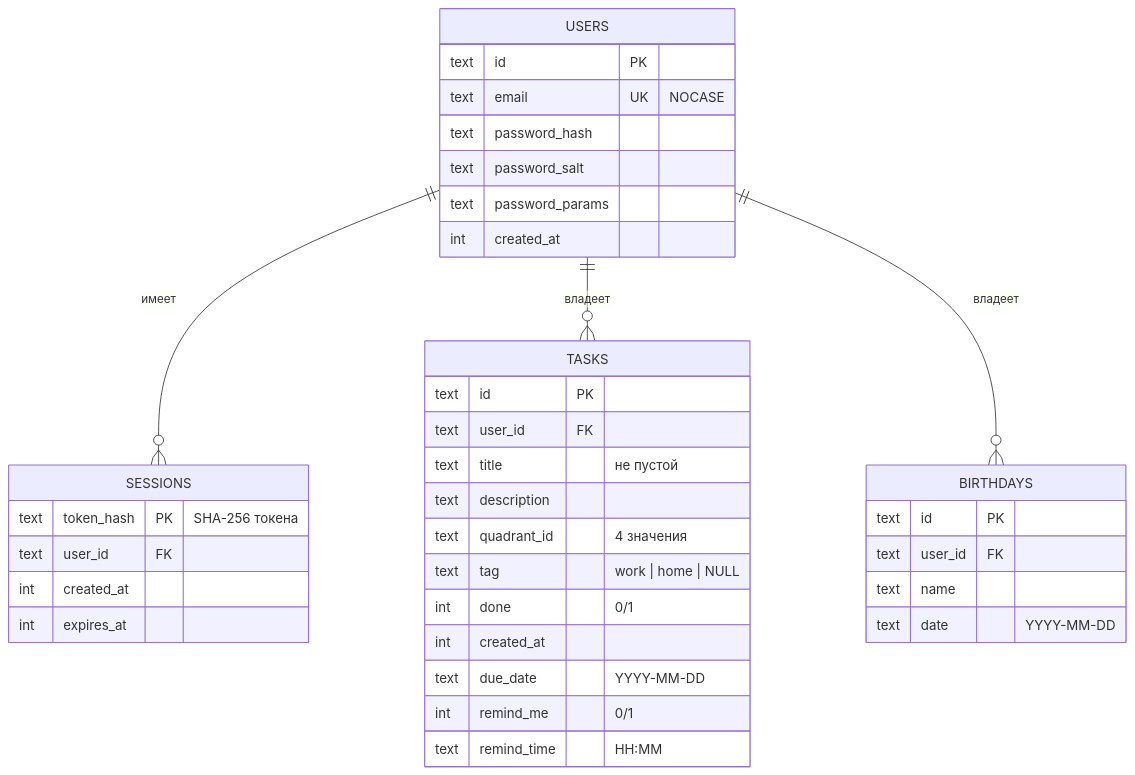
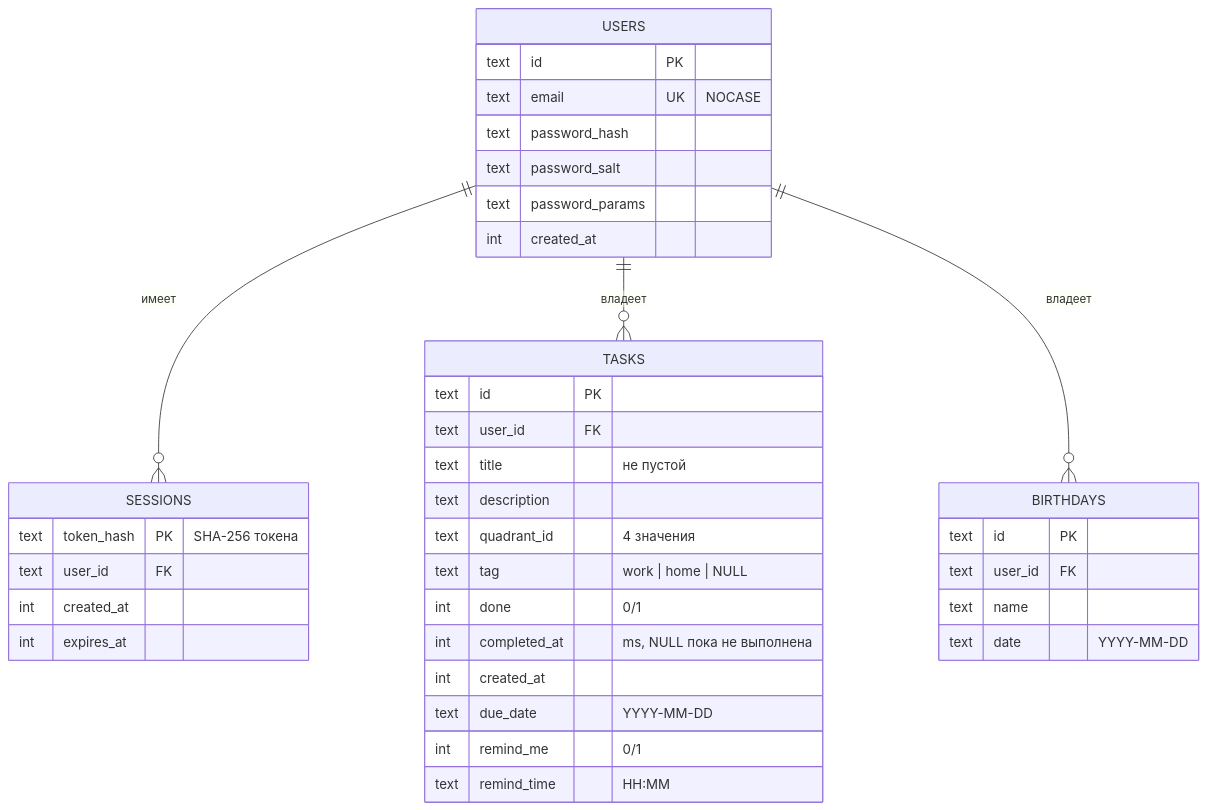
Before and after one commit to Tatsianass/TaskHub: the first of 6 diagrams in docs/PROJECT_OVERVIEW.md, drawn with Mermaid. The commit also changed other lines of this file and 18 other files, not shown here.

````diff
--- a/docs/PROJECT_OVERVIEW.md
+++ b/docs/PROJECT_OVERVIEW.md
@@ -133,40 +134,41 @@
 ```mermaid
 erDiagram
     USERS ||--o{ SESSIONS : "имеет"
     USERS ||--o{ TASKS : "владеет"
     USERS ||--o{ BIRTHDAYS : "владеет"
 
     USERS {
         text id PK
         text email UK "NOCASE"
         text password_hash
         text password_salt
         text password_params
         int  created_at
     }
     SESSIONS {
         text token_hash PK "SHA-256 токена"
         text user_id FK
         int  created_at
         int  expires_at
     }
     TASKS {
         text id PK
         text user_id FK
         text title "не пустой"
         text description
         text quadrant_id "4 значения"
         text tag "work | home | NULL"
         int  done "0/1"
+        int  completed_at "ms, NULL пока не выполнена"
         int  created_at
         text due_date "YYYY-MM-DD"
         int  remind_me "0/1"
         text remind_time "HH:MM"
     }
     BIRTHDAYS {
         text id PK
         text user_id FK
         text name
         text date "YYYY-MM-DD"
     }
 ```
````
